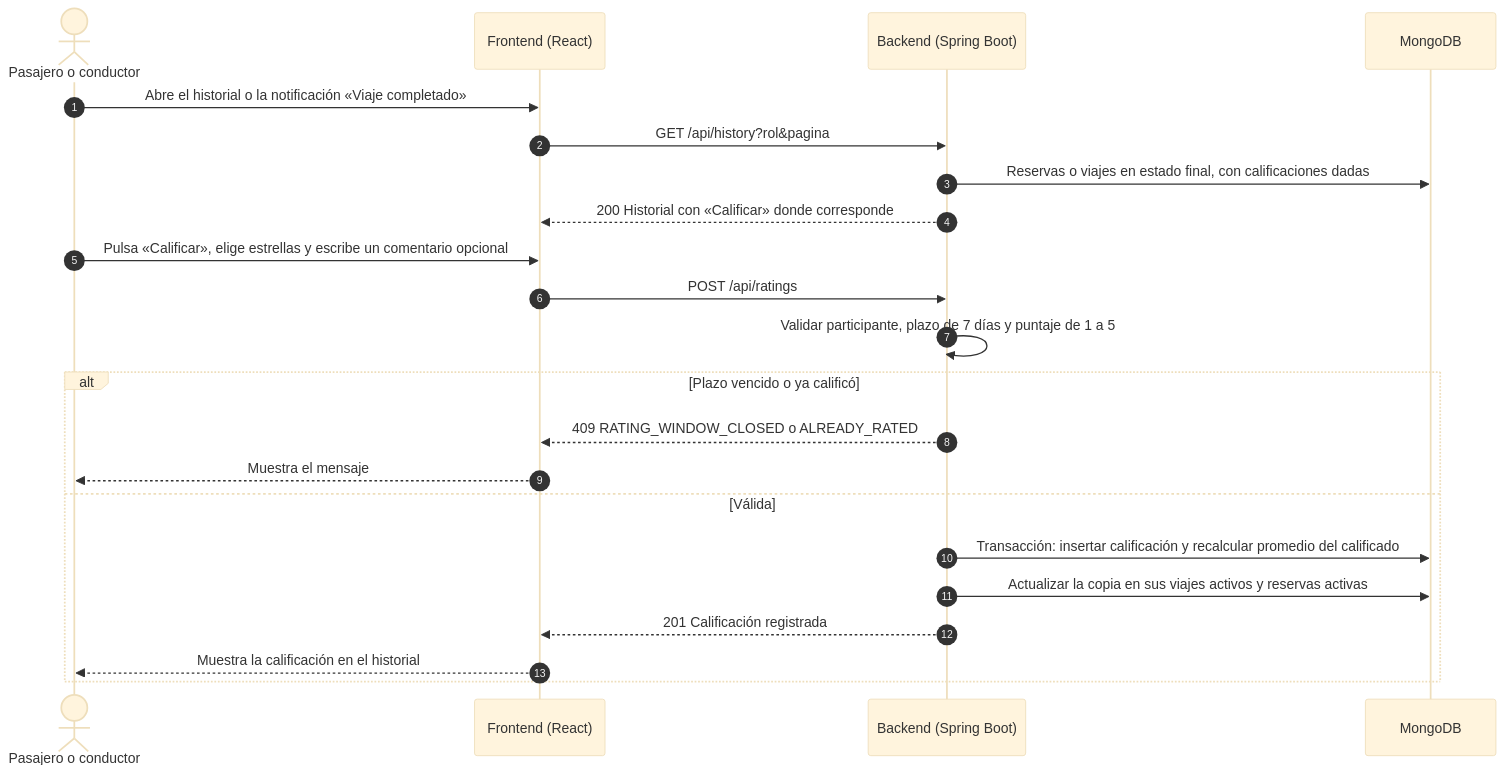
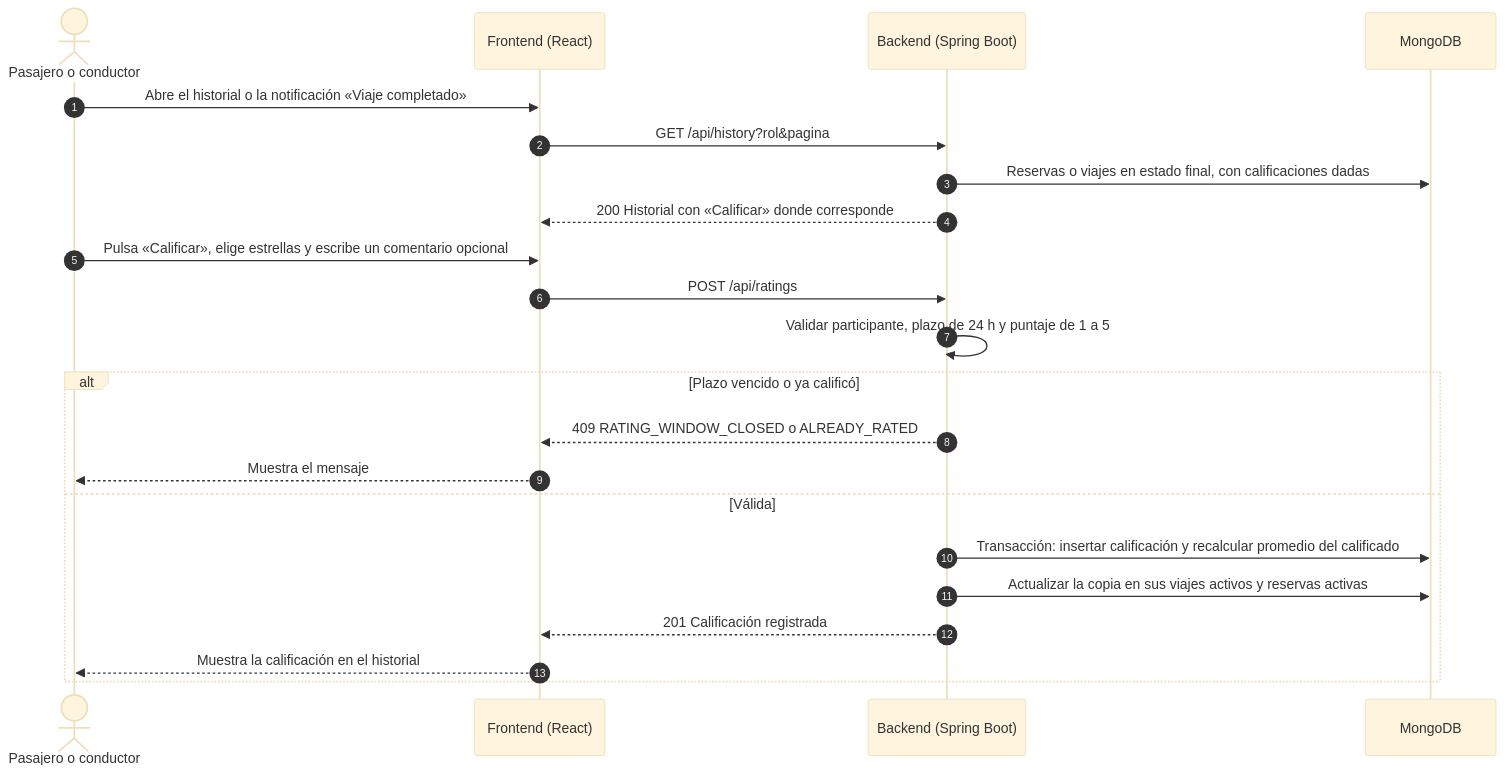
Diagram 11 of 13 in README.md (manuelguarniz/mono-movilidad-colaborativa), drawn with Mermaid (base theme) before and after one commit. The commit also changed other lines of this file and 73 other files, not shown here.

````diff
--- a/README.md
+++ b/README.md
@@ -1215,25 +1216,25 @@
 ```mermaid
 sequenceDiagram
     autonumber
     actor U as Pasajero o conductor
     participant FE as Frontend (React)
     participant API as Backend (Spring Boot)
     participant DB as MongoDB
 
     U->>FE: Abre el historial o la notificación «Viaje completado»
     FE->>API: GET /api/history?rol&pagina
     API->>DB: Reservas o viajes en estado final, con calificaciones dadas
     API-->>FE: 200 Historial con «Calificar» donde corresponde
     U->>FE: Pulsa «Calificar», elige estrellas y escribe un comentario opcional
     FE->>API: POST /api/ratings
-    API->>API: Validar participante, plazo de 7 días y puntaje de 1 a 5
+    API->>API: Validar participante, plazo de 24 h y puntaje de 1 a 5
     alt Plazo vencido o ya calificó
         API-->>FE: 409 RATING_WINDOW_CLOSED o ALREADY_RATED
         FE-->>U: Muestra el mensaje
     else Válida
         API->>DB: Transacción: insertar calificación y recalcular promedio del calificado
         API->>DB: Actualizar la copia en sus viajes activos y reservas activas
         API-->>FE: 201 Calificación registrada
         FE-->>U: Muestra la calificación en el historial
     end
 ```
````
